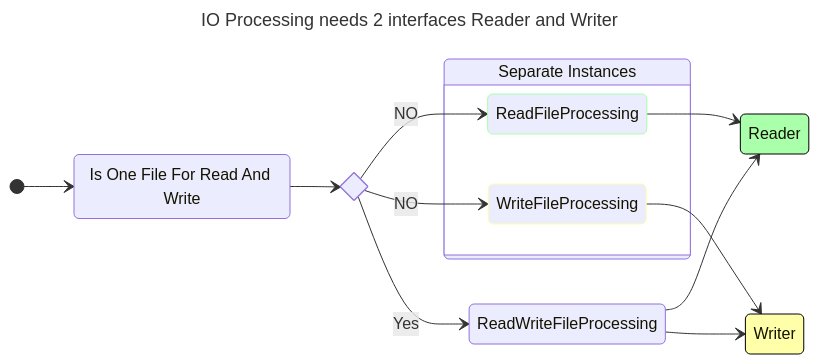
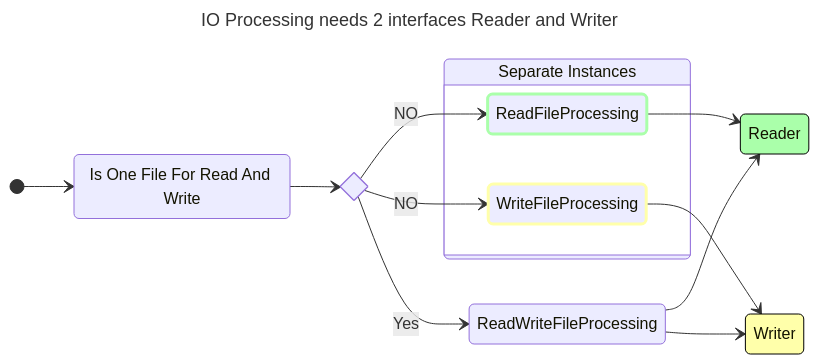
One commit to zproksi/bpatch changed the second of 4 diagrams in README.md. Above: the diagram before and after it, drawn with Mermaid. The commit also changed other lines of this file, not shown here.

Commit message:
beautify of the diagram

````diff
--- a/README.md
+++ b/README.md
@@ -173,34 +165,34 @@
 ```mermaid
 ---
 title: IO Processing needs 2 interfaces Reader and Writer
 ---
 stateDiagram-v2
     direction LR
     state if_state <<choice>>
     ioffraw : Is One File For Read And Write
     [*] --> ioffraw
     ioffraw --> if_state
     if_state --> ReadWriteFileProcessing: Yes
     if_state --> ReadFileProcessing : NO
     if_state --> WriteFileProcessing : NO
     sc : Separate Instances
     state sc {
         direction LR
         ReadFileProcessing
         WriteFileProcessing
     }
     ReadFileProcessing --> Reader
     ReadWriteFileProcessing --> Reader
     WriteFileProcessing --> Writer
     ReadWriteFileProcessing --> Writer
 
     classDef clReader fill:#AAffAA,stroke:#000000
     classDef clWriter fill:#ffffAA,stroke:#000000
-    classDef clReadFileProcessing stroke:#AAffAA
-    classDef clWriteFileProcessing stroke:#ffffAA
+    classDef clReadFileProcessing stroke:#AAffAA,stroke-width:3px
+    classDef clWriteFileProcessing stroke:#ffffAA,stroke-width:3px
 
     class Reader clReader
     class Writer clWriter
     class ReadFileProcessing clReadFileProcessing
     class WriteFileProcessing clWriteFileProcessing
 ```
````
